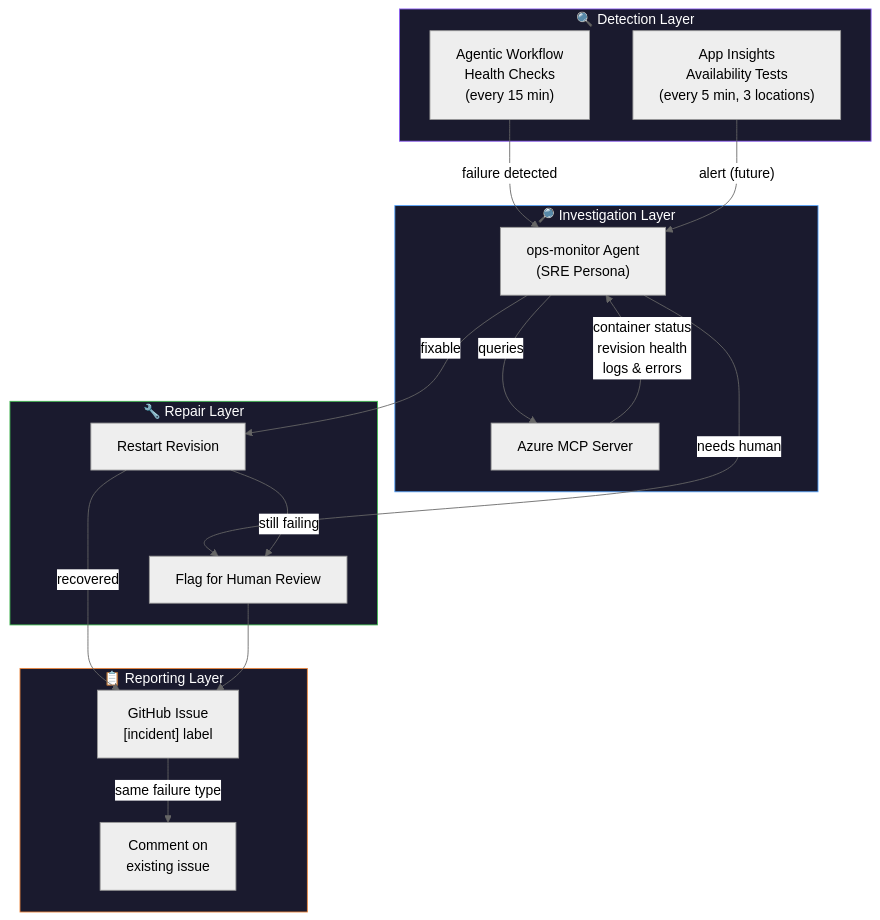
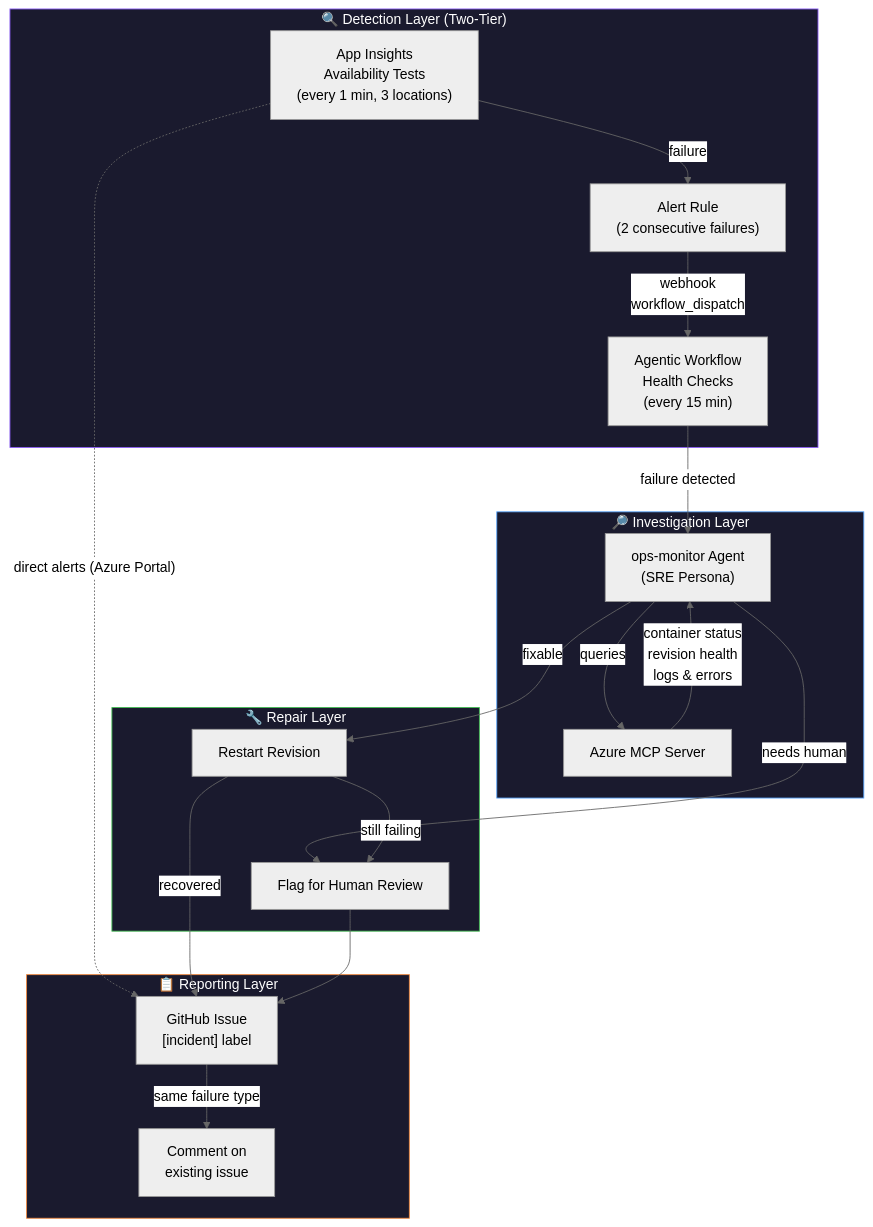
Before and after one commit to cody-test-org/ghcp-learning-updates: the first of 2 diagrams in docs/monitoring.md, drawn with Mermaid (neutral theme). The commit also changed other lines of this file and 2 other files, not shown here.

First line of the commit message:
Wire Azure alert → GitHub workflow_dispatch for ~2 min incident response

````diff
--- a/docs/monitoring.md
+++ b/docs/monitoring.md
@@ -87,38 +93,41 @@
 ```mermaid
 flowchart TD
-    subgraph Detection["🔍 Detection Layer"]
-        AI["App Insights<br/>Availability Tests<br/>(every 5 min, 3 locations)"]
+    subgraph Detection["🔍 Detection Layer (Two-Tier)"]
+        AI["App Insights<br/>Availability Tests<br/>(every 1 min, 3 locations)"]
+        Alert["Alert Rule<br/>(2 consecutive failures)"]
         AW["Agentic Workflow<br/>Health Checks<br/>(every 15 min)"]
+        AI -->|"failure"| Alert
+        Alert -->|"webhook<br/>workflow_dispatch"| AW
     end
 
     subgraph Investigation["🔎 Investigation Layer"]
         Agent["ops-monitor Agent<br/>(SRE Persona)"]
         MCP["Azure MCP Server"]
         Agent -->|queries| MCP
         MCP -->|"container status<br/>revision health<br/>logs & errors"| Agent
     end
 
     subgraph Repair["🔧 Repair Layer"]
         Restart["Restart Revision"]
         Flag["Flag for Human Review"]
     end
 
     subgraph Report["📋 Reporting Layer"]
         Issue["GitHub Issue<br/>[incident] label"]
         Comment["Comment on<br/>existing issue"]
     end
 
     AW -->|"failure detected"| Agent
-    AI -->|"alert (future)"| Agent
+    AI -.->|"direct alerts (Azure Portal)"| Issue
     Agent -->|"fixable"| Restart
     Agent -->|"needs human"| Flag
     Restart -->|"recovered"| Issue
     Restart -->|"still failing"| Flag
     Flag --> Issue
     Issue -->|"same failure type"| Comment
 
     style Detection fill:#1a1a2e,stroke:#8b5cf6,color:#fff
     style Investigation fill:#1a1a2e,stroke:#58a6ff,color:#fff
     style Repair fill:#1a1a2e,stroke:#3fb950,color:#fff
     style Report fill:#1a1a2e,stroke:#f0883e,color:#fff
 ```
````
